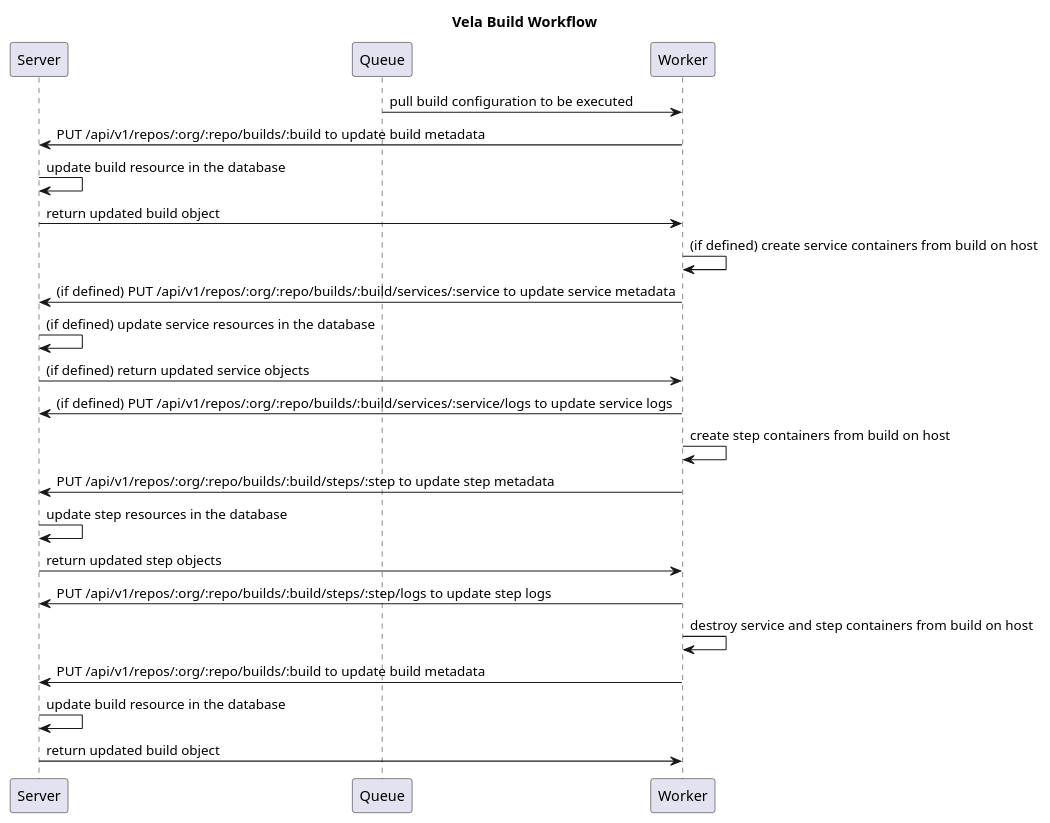
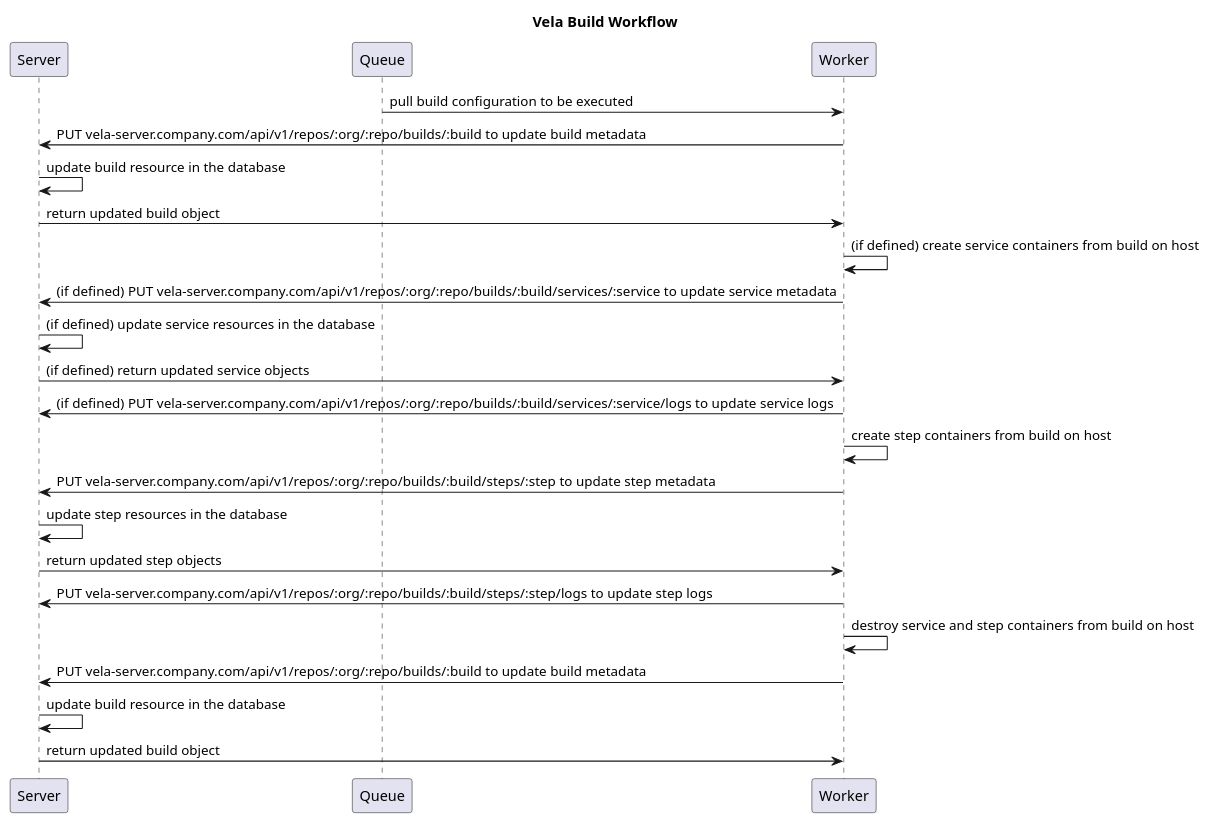
The diagram in content/administration/worker/build_workflow.puml (jbrockopp/docs), drawn with PlantUML before and after one commit. The commit also changed 18 other files, not shown here.

```diff
--- a/content/administration/worker/build_workflow.puml
+++ b/content/administration/worker/build_workflow.puml
@@ -1,28 +1,28 @@
 @startuml
 
 title Vela Build Workflow
 
 participant "Server" as Server
 participant "Queue" as Queue
 participant "Worker" as Worker
 
 Queue -> Worker : pull build configuration to be executed
-Worker -> Server : PUT /api/v1/repos/:org/:repo/builds/:build to update build metadata
+Worker -> Server : PUT vela-server.company.com/api/v1/repos/:org/:repo/builds/:build to update build metadata
 Server -> Server : update build resource in the database
 Server -> Worker : return updated build object
 Worker -> Worker : (if defined) create service containers from build on host
-Worker -> Server : (if defined) PUT /api/v1/repos/:org/:repo/builds/:build/services/:service to update service metadata
+Worker -> Server : (if defined) PUT vela-server.company.com/api/v1/repos/:org/:repo/builds/:build/services/:service to update service metadata
 Server -> Server : (if defined) update service resources in the database
 Server -> Worker : (if defined) return updated service objects
-Worker -> Server : (if defined) PUT /api/v1/repos/:org/:repo/builds/:build/services/:service/logs to update service logs
+Worker -> Server : (if defined) PUT vela-server.company.com/api/v1/repos/:org/:repo/builds/:build/services/:service/logs to update service logs
 Worker -> Worker : create step containers from build on host
-Worker -> Server : PUT /api/v1/repos/:org/:repo/builds/:build/steps/:step to update step metadata
+Worker -> Server : PUT vela-server.company.com/api/v1/repos/:org/:repo/builds/:build/steps/:step to update step metadata
 Server -> Server : update step resources in the database
 Server -> Worker : return updated step objects
-Worker -> Server : PUT /api/v1/repos/:org/:repo/builds/:build/steps/:step/logs to update step logs
+Worker -> Server : PUT vela-server.company.com/api/v1/repos/:org/:repo/builds/:build/steps/:step/logs to update step logs
 Worker -> Worker : destroy service and step containers from build on host
-Worker -> Server : PUT /api/v1/repos/:org/:repo/builds/:build to update build metadata
+Worker -> Server : PUT vela-server.company.com/api/v1/repos/:org/:repo/builds/:build to update build metadata
 Server -> Server : update build resource in the database
 Server -> Worker : return updated build object
 
 @enduml
```
